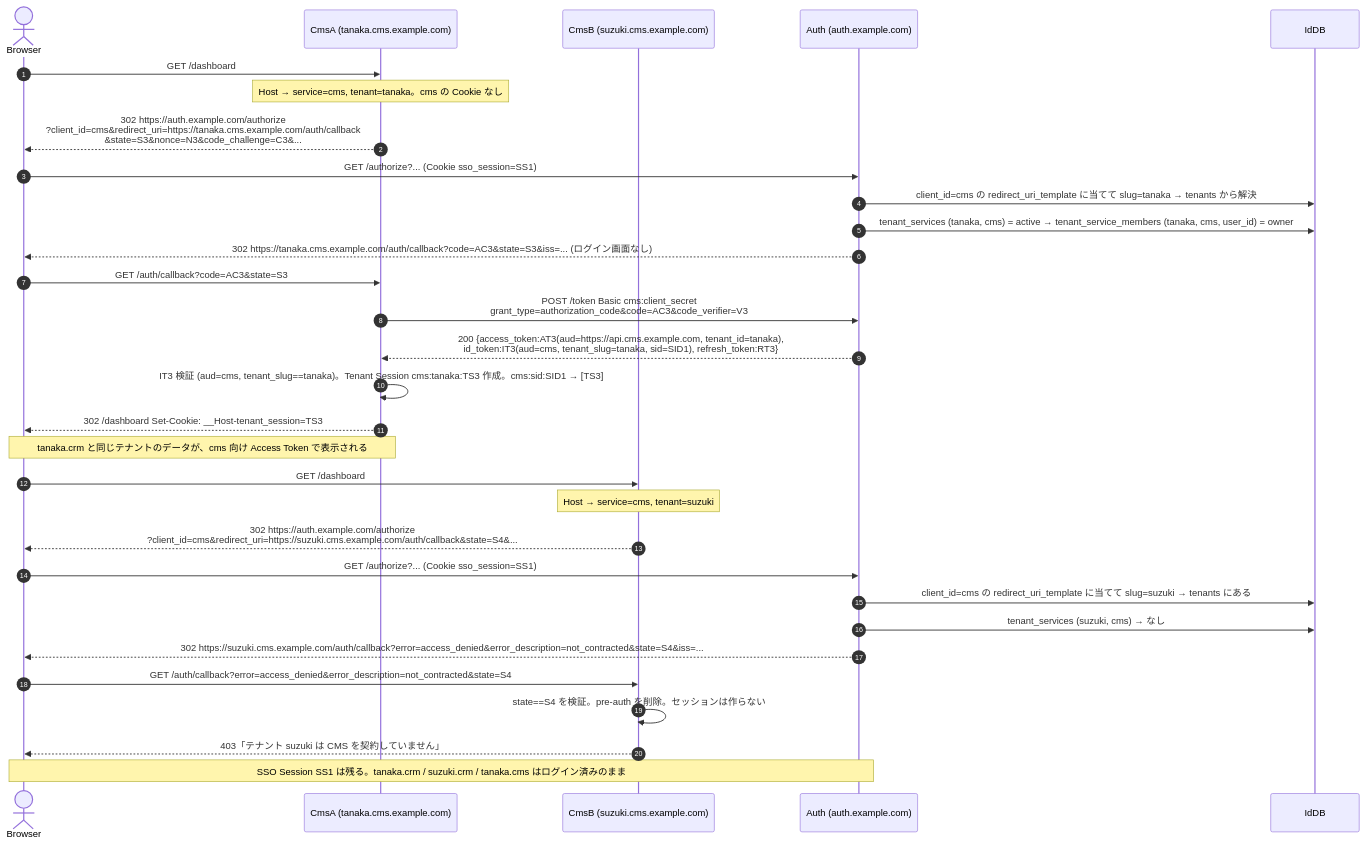
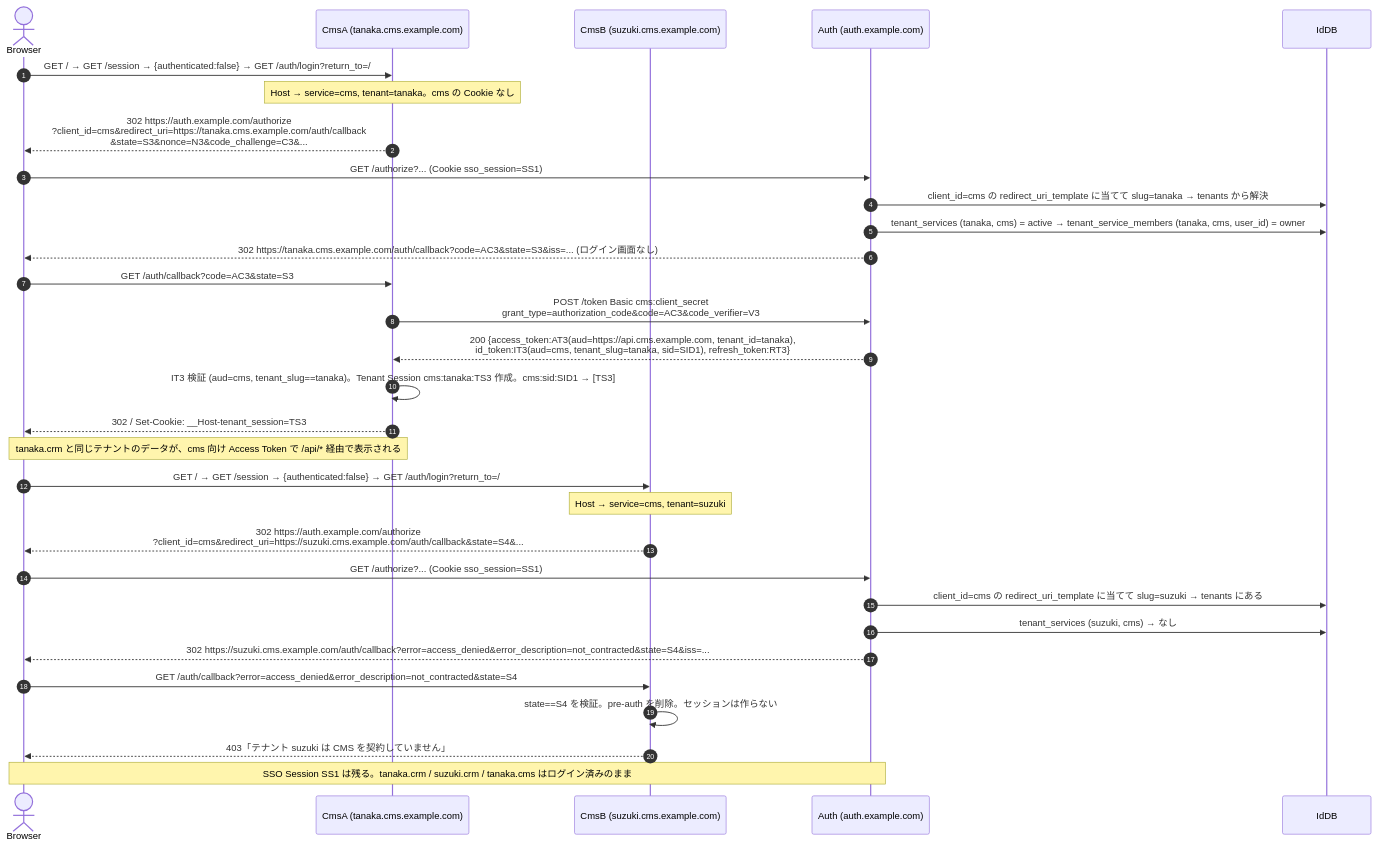
The fourth of 11 diagrams in docs/integration-guide.md (daisuke-tanabe/multi-domain-sandbox), drawn with Mermaid before and after one commit. The commit also changed other lines of this file and 82 other files, not shown here.

First line of the commit message:
feat: crm-web と cms-web を React Router v8 の SPA と薄い BFF にする

````diff
--- a/docs/integration-guide.md
+++ b/docs/integration-guide.md
@@ -684,35 +695,35 @@
 ```mermaid
 sequenceDiagram
     autonumber
     actor Browser
     participant CmsA as CmsA (tanaka.cms.example.com)
     participant CmsB as CmsB (suzuki.cms.example.com)
     participant Auth as Auth (auth.example.com)
     participant IdDB
 
-    Browser->>CmsA: GET /dashboard
+    Browser->>CmsA: GET / → GET /session → {authenticated:false} → GET /auth/login?return_to=/
     Note over CmsA: Host → service=cms, tenant=tanaka。cms の Cookie なし
     CmsA-->>Browser: 302 https://auth.example.com/authorize<br/>?client_id=cms&redirect_uri=https://tanaka.cms.example.com/auth/callback<br/>&state=S3&nonce=N3&code_challenge=C3&...
     Browser->>Auth: GET /authorize?... (Cookie sso_session=SS1)
     Auth->>IdDB: client_id=cms の redirect_uri_template に当てて slug=tanaka → tenants から解決
     Auth->>IdDB: tenant_services (tanaka, cms) = active → tenant_service_members (tanaka, cms, user_id) = owner
     Auth-->>Browser: 302 https://tanaka.cms.example.com/auth/callback?code=AC3&state=S3&iss=... (ログイン画面なし)
     Browser->>CmsA: GET /auth/callback?code=AC3&state=S3
     CmsA->>Auth: POST /token  Basic cms:client_secret<br/>grant_type=authorization_code&code=AC3&code_verifier=V3
     Auth-->>CmsA: 200 {access_token:AT3(aud=https://api.cms.example.com, tenant_id=tanaka),<br/>id_token:IT3(aud=cms, tenant_slug=tanaka, sid=SID1), refresh_token:RT3}
     CmsA->>CmsA: IT3 検証 (aud=cms, tenant_slug==tanaka)。Tenant Session cms:tanaka:TS3 作成。cms:sid:SID1 → [TS3]
-    CmsA-->>Browser: 302 /dashboard  Set-Cookie: __Host-tenant_session=TS3
-    Note over Browser,CmsA: tanaka.crm と同じテナントのデータが、cms 向け Access Token で表示される
+    CmsA-->>Browser: 302 /  Set-Cookie: __Host-tenant_session=TS3
+    Note over Browser,CmsA: tanaka.crm と同じテナントのデータが、cms 向け Access Token で /api/* 経由で表示される
 
-    Browser->>CmsB: GET /dashboard
+    Browser->>CmsB: GET / → GET /session → {authenticated:false} → GET /auth/login?return_to=/
     Note over CmsB: Host → service=cms, tenant=suzuki
     CmsB-->>Browser: 302 https://auth.example.com/authorize<br/>?client_id=cms&redirect_uri=https://suzuki.cms.example.com/auth/callback&state=S4&...
     Browser->>Auth: GET /authorize?... (Cookie sso_session=SS1)
     Auth->>IdDB: client_id=cms の redirect_uri_template に当てて slug=suzuki → tenants にある
     Auth->>IdDB: tenant_services (suzuki, cms) → なし
     Auth-->>Browser: 302 https://suzuki.cms.example.com/auth/callback?error=access_denied&error_description=not_contracted&state=S4&iss=...
     Browser->>CmsB: GET /auth/callback?error=access_denied&error_description=not_contracted&state=S4
     CmsB->>CmsB: state==S4 を検証。pre-auth を削除。セッションは作らない
     CmsB-->>Browser: 403「テナント suzuki は CMS を契約していません」
     Note over Browser,Auth: SSO Session SS1 は残る。tanaka.crm / suzuki.crm / tanaka.cms はログイン済みのまま
 ```
````
